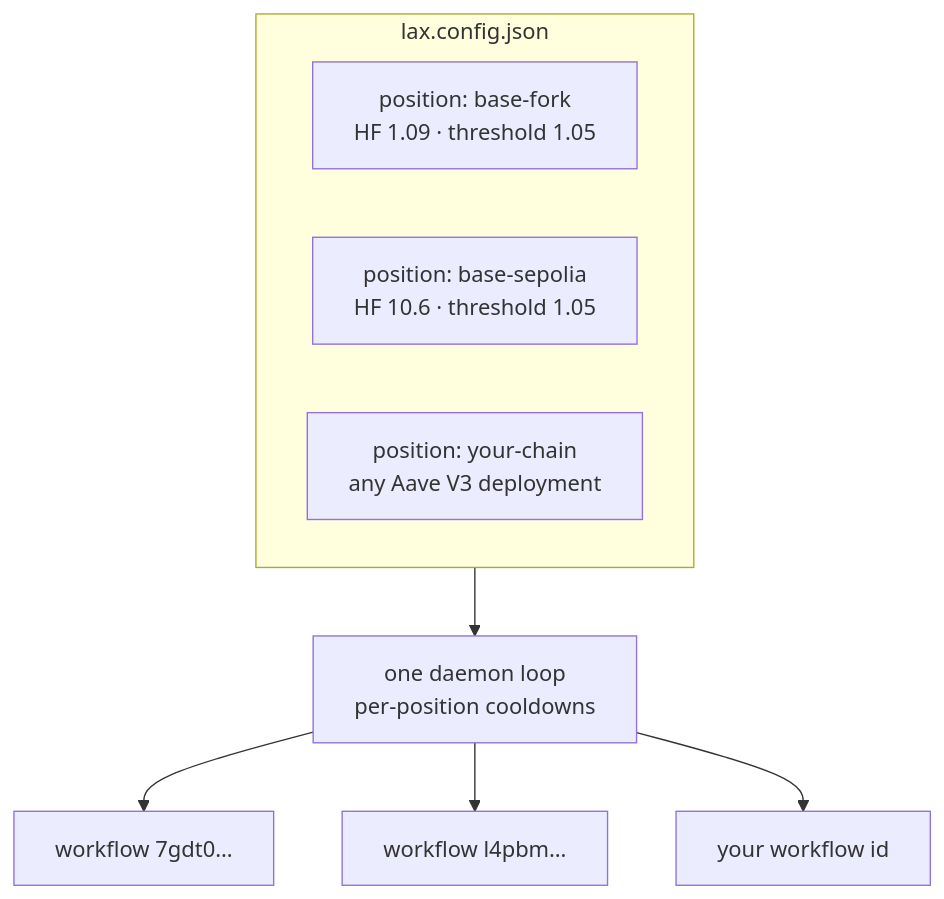
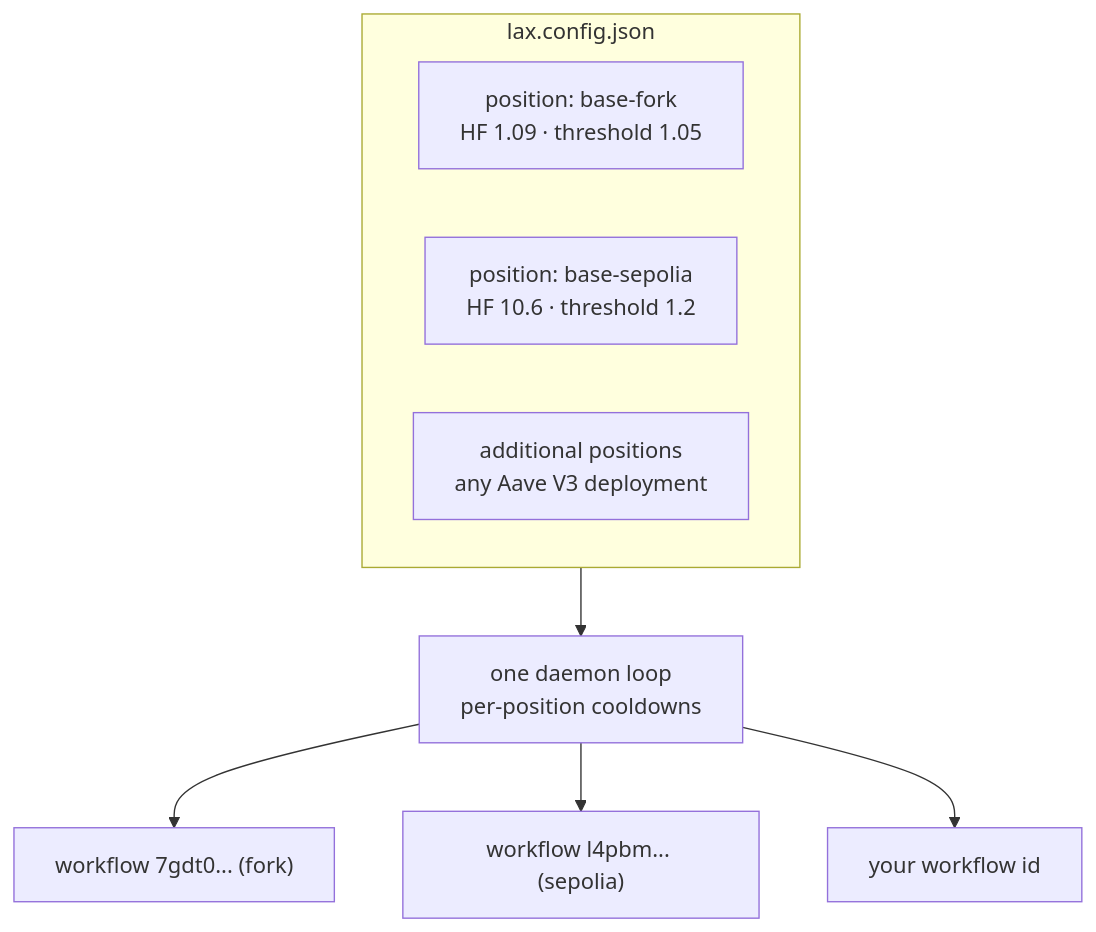
Before and after one commit to n-dlms/LAX: the second of 2 diagrams in README.md, drawn with Mermaid. The commit also changed other lines of this file, not shown here.

````diff
--- a/README.md
+++ b/README.md
@@ -122,12 +120,16 @@
 ```mermaid
 flowchart TB
     subgraph config["lax.config.json"]
-        P1["position: base-fork<br/>HF 1.09 · threshold 1.05"]
-        P2["position: base-sepolia<br/>HF 10.6 · threshold 1.05"]
-        P3["position: your-chain<br/>any Aave V3 deployment"]
+        P1["position: base-fork
+        HF 1.09 · threshold 1.05"]
+        P2["position: base-sepolia
+        HF 10.6 · threshold 1.2"]
+        P3["additional positions
+        any Aave V3 deployment"]
     end
-    config --> D["one daemon loop<br/>per-position cooldowns"]
-    D --> W1["workflow 7gdt0…"]
-    D --> W2["workflow l4pbm…"]
+    config --> D["one daemon loop
+    per-position cooldowns"]
+    D --> W1["workflow 7gdt0... (fork)"]
+    D --> W2["workflow l4pbm... (sepolia)"]
     D --> W3["your workflow id"]
 ```
````
